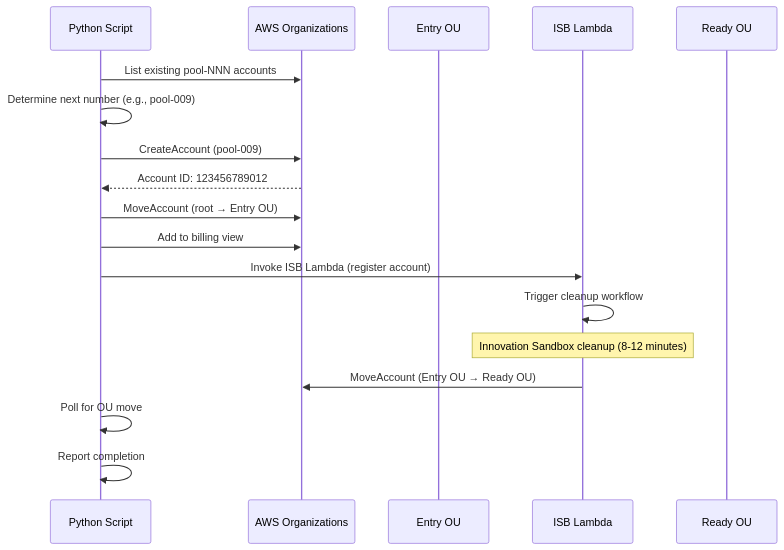
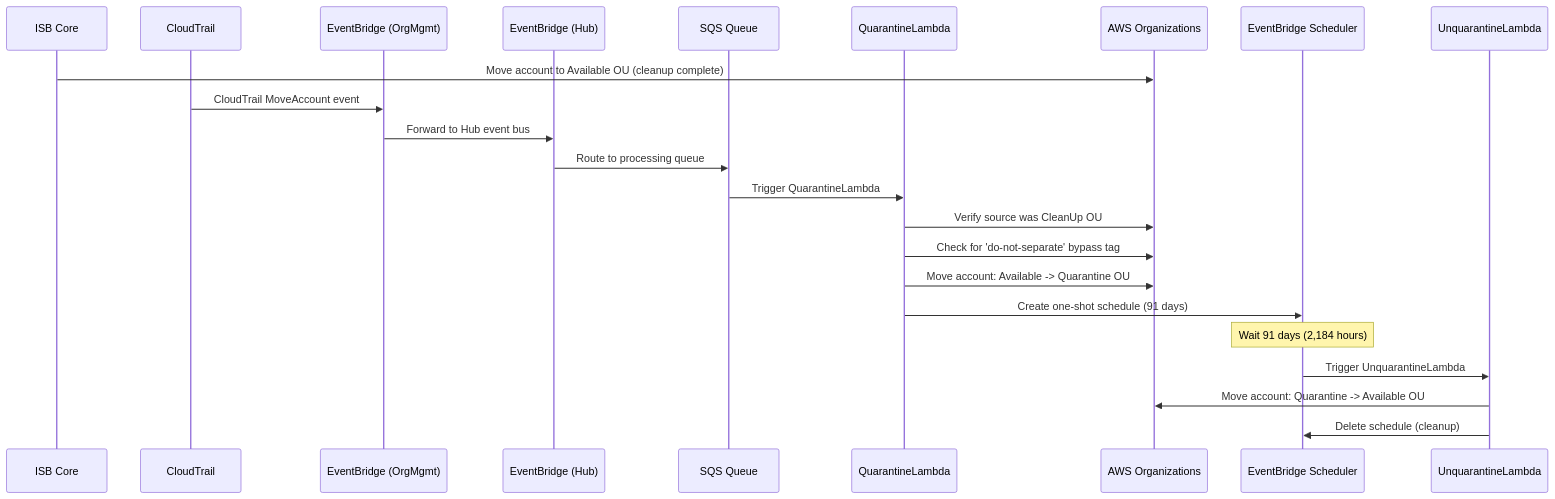
Before and after one commit to co-cddo/ndx-try-arch: the second of 3 diagrams in docs/13-isb-customizations.md, drawn with Mermaid. The commit also changed other lines of this file and 41 other files, not shown here.

First line of the commit message:
docs: update NDX architecture documentation (#9)

````diff
--- a/docs/13-isb-customizations.md
+++ b/docs/13-isb-customizations.md
@@ -354,24 +197,29 @@
 ```mermaid
 sequenceDiagram
-    participant SCRIPT as Python Script
+    participant ISB as ISB Core
+    participant CT as CloudTrail
+    participant EB1 as EventBridge (OrgMgmt)
+    participant EB2 as EventBridge (Hub)
+    participant SQS as SQS Queue
+    participant QL as QuarantineLambda
     participant ORG as AWS Organizations
-    participant ENTRY as Entry OU
-    participant LAMBDA as ISB Lambda
-    participant READY as Ready OU
+    participant SCHED as EventBridge Scheduler
+    participant UQL as UnquarantineLambda
 
-    SCRIPT->>ORG: List existing pool-NNN accounts
-    SCRIPT->>SCRIPT: Determine next number (e.g., pool-009)
-    SCRIPT->>ORG: CreateAccount (pool-009)
-    ORG-->>SCRIPT: Account ID: 123456789012
+    ISB->>ORG: Move account to Available OU (cleanup complete)
+    CT->>EB1: CloudTrail MoveAccount event
+    EB1->>EB2: Forward to Hub event bus
+    EB2->>SQS: Route to processing queue
+    SQS->>QL: Trigger QuarantineLambda
 
-    SCRIPT->>ORG: MoveAccount (root → Entry OU)
-    SCRIPT->>ORG: Add to billing view
-    SCRIPT->>LAMBDA: Invoke ISB Lambda (register account)
-    LAMBDA->>LAMBDA: Trigger cleanup workflow
+    QL->>ORG: Verify source was CleanUp OU
+    QL->>ORG: Check for 'do-not-separate' bypass tag
+    QL->>ORG: Move account: Available -> Quarantine OU
+    QL->>SCHED: Create one-shot schedule (91 days)
 
-    Note over LAMBDA: Innovation Sandbox cleanup (8-12 minutes)
+    Note over SCHED: Wait 91 days (2,184 hours)
 
-    LAMBDA->>ORG: MoveAccount (Entry OU → Ready OU)
-    SCRIPT->>SCRIPT: Poll for OU move
-    SCRIPT->>SCRIPT: Report completion
+    SCHED->>UQL: Trigger UnquarantineLambda
+    UQL->>ORG: Move account: Quarantine -> Available OU
+    UQL->>SCHED: Delete schedule (cleanup)
 ```
````
